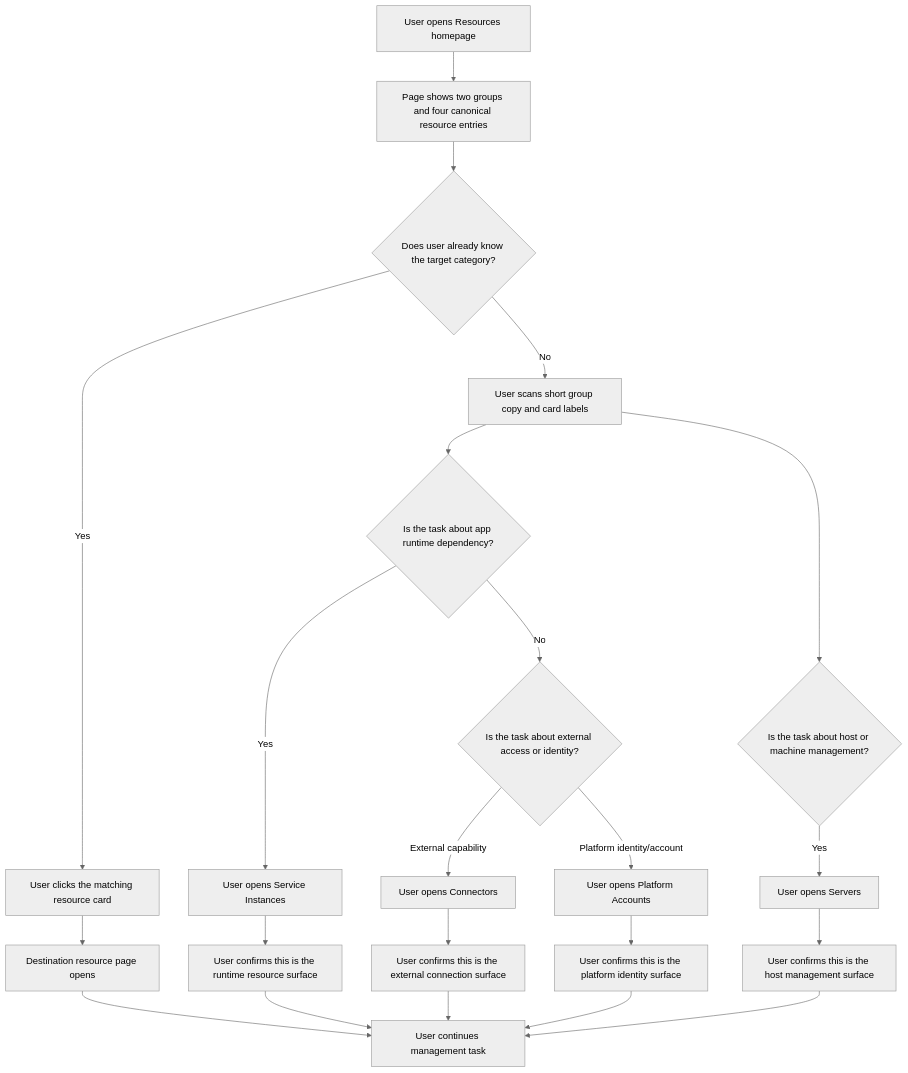
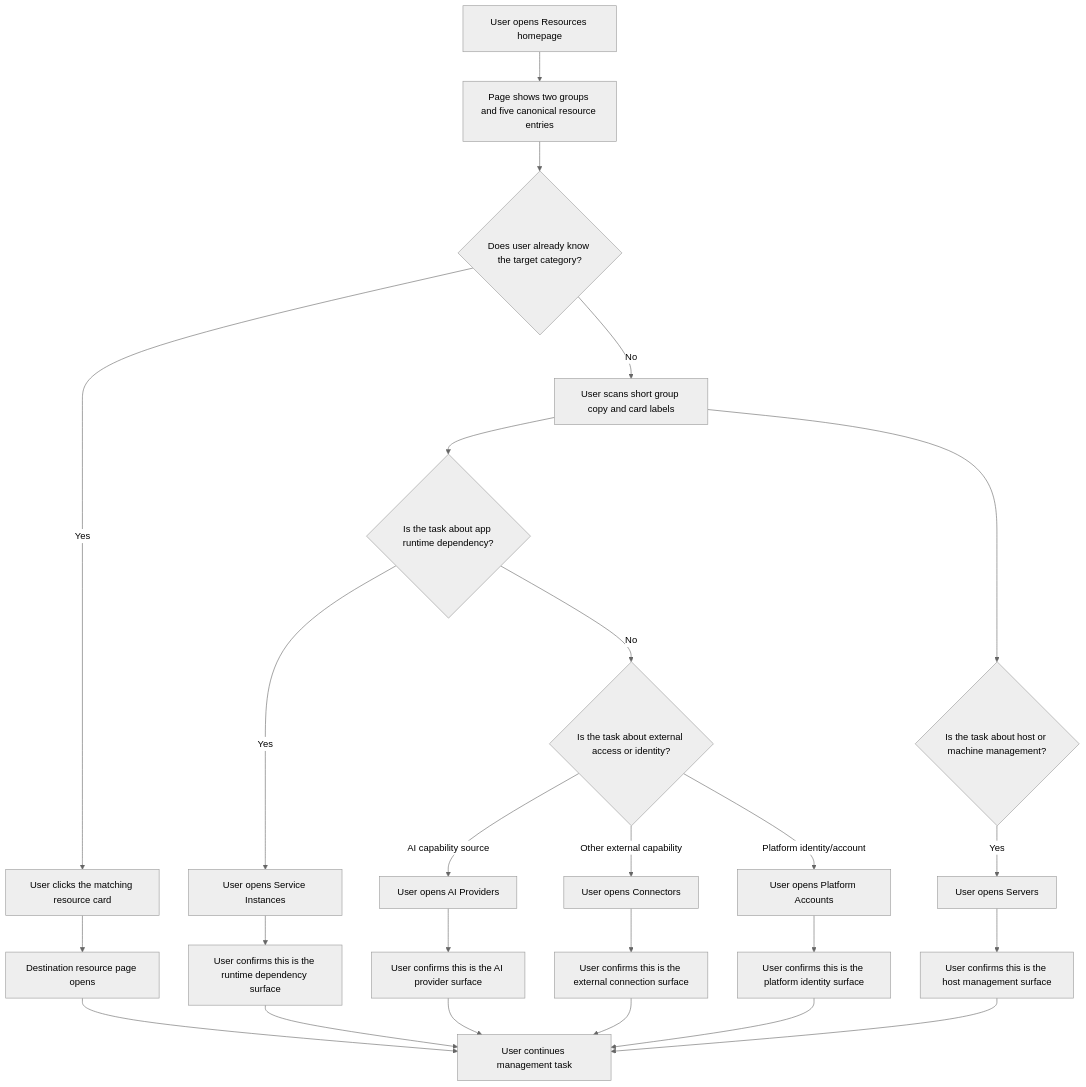
One commit to Websoft9/AppOS changed the first of 3 diagrams in specs/planning-artifacts/ux-design-specification.md. Above: the diagram before and after it, drawn with Mermaid (neutral theme). The commit also changed other lines of this file and 52 other files, not shown here.

````diff
--- a/specs/planning-artifacts/ux-design-specification.md
+++ b/specs/planning-artifacts/ux-design-specification.md
@@ -417,31 +418,34 @@
 ```mermaid
 flowchart TD
-  A[User opens Resources homepage] --> B[Page shows two groups and four canonical resource entries]
+  A[User opens Resources homepage] --> B[Page shows two groups and five canonical resource entries]
   B --> C{Does user already know the target category?}
 
   C -->|Yes| D[User clicks the matching resource card]
   D --> E[Destination resource page opens]
   E --> F[User continues management task]
 
   C -->|No| G[User scans short group copy and card labels]
   G --> H{Is the task about app runtime dependency?}
 
   H -->|Yes| I[User opens Service Instances]
   H -->|No| J{Is the task about external access or identity?}
 
-  J -->|External capability| K[User opens Connectors]
-  J -->|Platform identity/account| L[User opens Platform Accounts]
+  J -->|AI capability source| K[User opens AI Providers]
+  J -->|Other external capability| L[User opens Connectors]
+  J -->|Platform identity/account| M[User opens Platform Accounts]
 
-  G --> M{Is the task about host or machine management?}
-  M -->|Yes| N[User opens Servers]
+  G --> N{Is the task about host or machine management?}
+  N -->|Yes| O[User opens Servers]
 
-  I --> O[User confirms this is the runtime resource surface]
-  K --> O2[User confirms this is the external connection surface]
-  L --> O3[User confirms this is the platform identity surface]
-  N --> O4[User confirms this is the host management surface]
+  I --> P[User confirms this is the runtime dependency surface]
+  K --> P2[User confirms this is the AI provider surface]
+  L --> P3[User confirms this is the external connection surface]
+  M --> P4[User confirms this is the platform identity surface]
+  O --> P5[User confirms this is the host management surface]
 
-  O --> F
-  O2 --> F
-  O3 --> F
-  O4 --> F
+  P --> F
+  P2 --> F
+  P3 --> F
+  P4 --> F
+  P5 --> F
 ```
````
